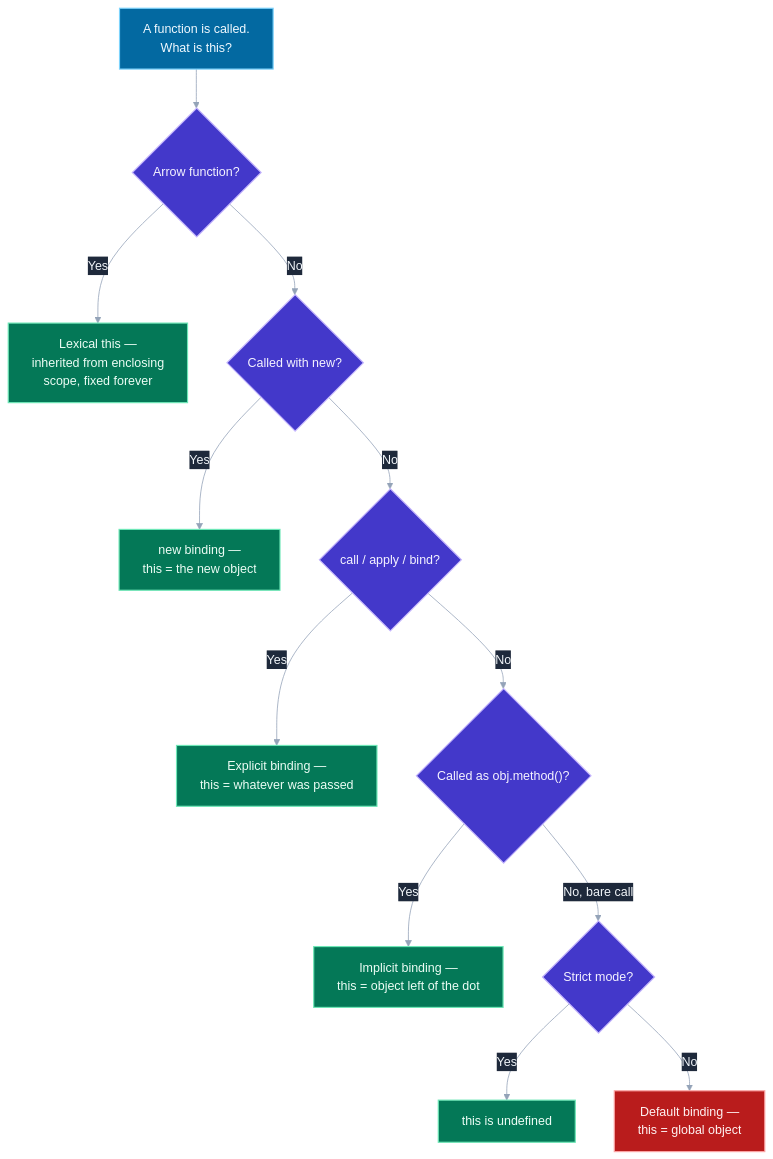
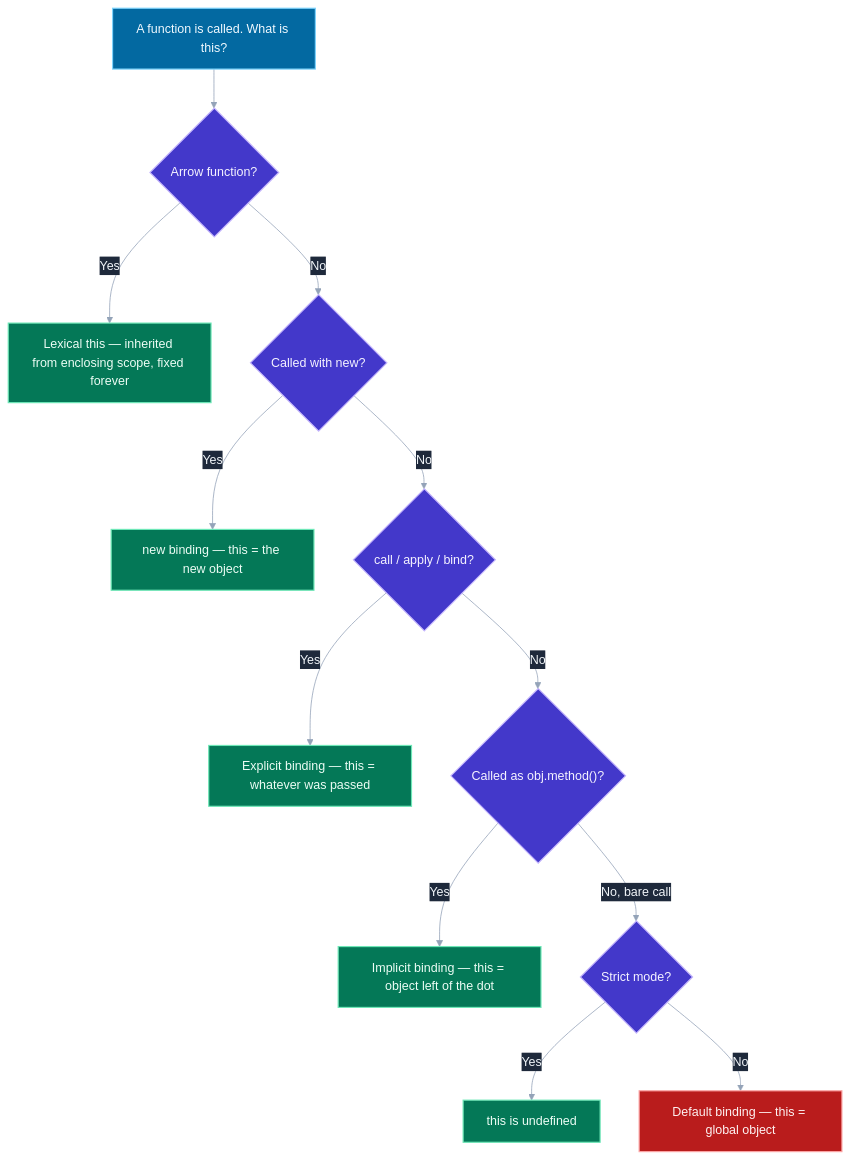
Before and after one commit to vinayakhumberi/litmus: the first of 2 diagrams in data/topics/this-binding.md, drawn with Mermaid. The commit also changed other lines of this file and 68 other files, not shown here.

````diff
--- a/data/topics/this-binding.md
+++ b/data/topics/this-binding.md
@@ -109,25 +109,25 @@
 ```mermaid
 %%{init: {"theme": "base", "themeVariables": {"primaryColor":"#334155","primaryTextColor":"#f1f5f9","primaryBorderColor":"#64748b","lineColor":"#94a3b8","edgeLabelBackground":"#1e293b","textColor":"#f1f5f9","fontSize":"16px"}}}%%
 graph TD
-    A["A function is called.<br>What is this?"] --> B{"Arrow function?"}
-    B -- "Yes" --> C["Lexical this —<br>inherited from enclosing<br>scope, fixed forever"]
+    A["A function is called. What is this?"] --> B{"Arrow function?"}
+    B -- "Yes" --> C["Lexical this — inherited from enclosing scope, fixed forever"]
     B -- "No" --> D{"Called with new?"}
-    D -- "Yes" --> E["new binding —<br>this = the new object"]
+    D -- "Yes" --> E["new binding — this = the new object"]
     D -- "No" --> F{"call / apply / bind?"}
-    F -- "Yes" --> G["Explicit binding —<br>this = whatever was passed"]
+    F -- "Yes" --> G["Explicit binding — this = whatever was passed"]
     F -- "No" --> H{"Called as obj.method()?"}
-    H -- "Yes" --> I["Implicit binding —<br>this = object left of the dot"]
+    H -- "Yes" --> I["Implicit binding — this = object left of the dot"]
     H -- "No, bare call" --> J{"Strict mode?"}
     J -- "Yes" --> K["this is undefined"]
-    J -- "No" --> L["Default binding —<br>this = global object"]
+    J -- "No" --> L["Default binding — this = global object"]
 
     classDef start fill:#0369a1,stroke:#7dd3fc,color:#f0f9ff,stroke-width:1.5px
     classDef decision fill:#4338ca,stroke:#c4b5fd,color:#f5f3ff,stroke-width:1.5px
     classDef result fill:#047857,stroke:#6ee7b7,color:#ecfdf5,stroke-width:1.5px
     classDef warn fill:#b91c1c,stroke:#fca5a5,color:#fef2f2,stroke-width:1.5px
 
     class A start
     class B,D,F,H,J decision
     class C,E,G,I,K result
     class L warn
 ```
````
